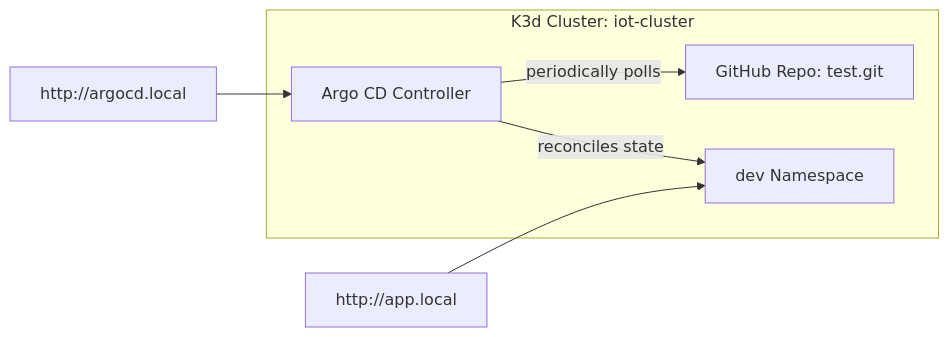
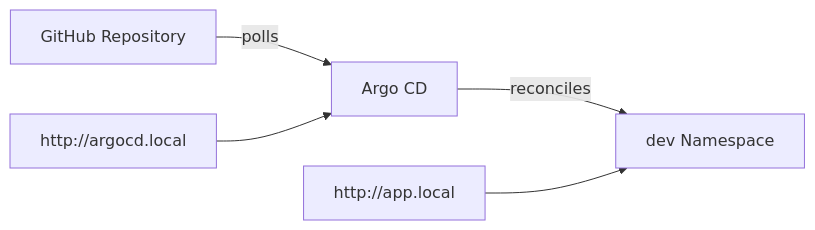
Before and after one commit to rh-oussama/Inception-of-Things: the third of 4 diagrams in README.md, drawn with Mermaid. The commit also changed other lines of this file, not shown here.

````diff
--- a/README.md
+++ b/README.md
@@ -155,15 +139,8 @@
 ```mermaid
 graph LR
-    GitHub[GitHub Repo: test.git]
-    
-    subgraph K3d Cluster: iot-cluster
-        ArgoCD[Argo CD Controller]
-        DevNS[dev Namespace]
-        
-        ArgoCD -- periodically polls --> GitHub
-        ArgoCD -- reconciles state --> DevNS
-    end
+    GitHub[GitHub Repository] -->|polls| ArgoCD[Argo CD]
+    ArgoCD -->|reconciles| Dev[dev Namespace]
     
     ArgoCDIn[http://argocd.local] --> ArgoCD
-    AppIn[http://app.local] --> DevNS
+    AppIn[http://app.local] --> Dev
 ```
````
